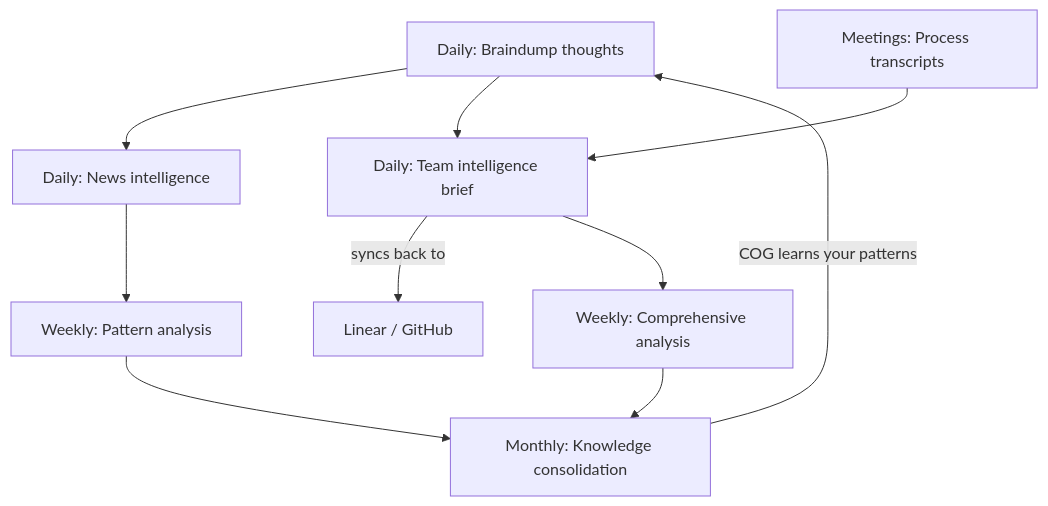
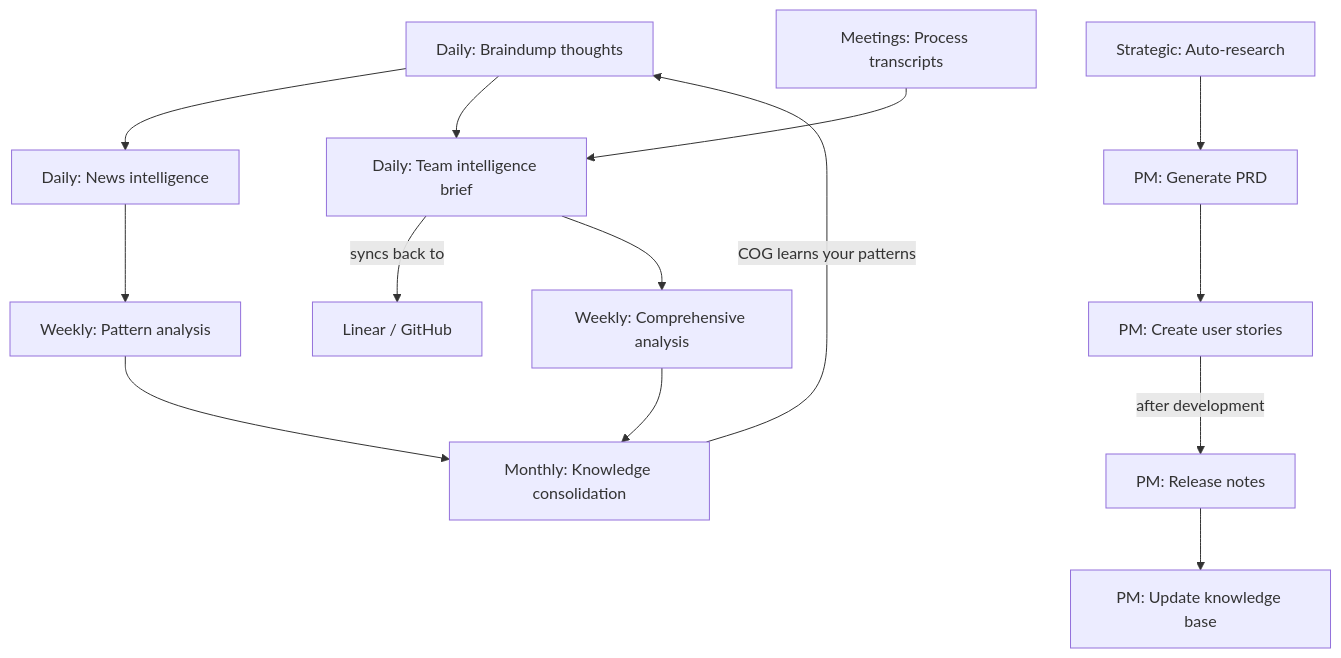
One commit to huytieu/COG-second-brain changed the second of 2 diagrams in README.md. Above: the diagram before and after it, drawn with Mermaid. The commit also changed other lines of this file and 16 other files, not shown here.

First line of the commit message:
Add PM workflow skills and auto-research (v3.4.0)

````diff
--- a/README.md
+++ b/README.md
@@ -71,12 +90,16 @@
 ```mermaid
 graph TD
     A[Daily: Braindump thoughts] --> B[Daily: News intelligence]
     A --> T[Daily: Team intelligence brief]
     M[Meetings: Process transcripts] --> T
     T -- syncs back to --> L[Linear / GitHub]
     B --> C[Weekly: Pattern analysis]
     T --> CA[Weekly: Comprehensive analysis]
     C --> D[Monthly: Knowledge consolidation]
     CA --> D
     D -- COG learns your patterns --> A
+    R[Strategic: Auto-research] --> P[PM: Generate PRD]
+    P --> S[PM: Create user stories]
+    S -- after development --> RN[PM: Release notes]
+    RN --> KB[PM: Update knowledge base]
 ```
````
